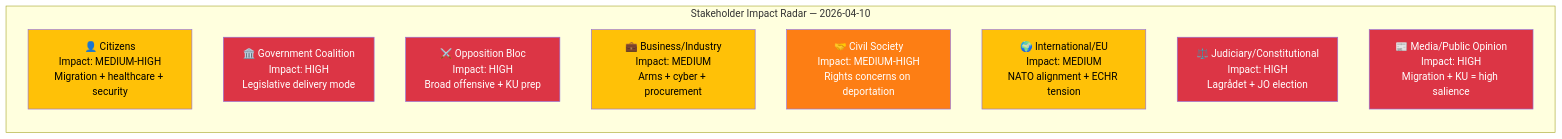
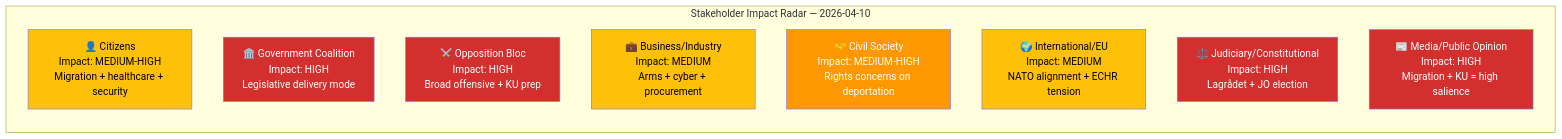
Before and after one commit to Hack23/riksdagsmonitor: the diagram in analysis/daily/2026-04-10/evening-analysis/stakeholder-perspectives.md, drawn with Mermaid. The commit also changed 785 other files, not shown here.

First line of the commit message:
Normalize mermaid colors across 786 analysis artifacts to ISMS Style Guide palette

````diff
--- a/analysis/daily/2026-04-10/evening-analysis/stakeholder-perspectives.md
+++ b/analysis/daily/2026-04-10/evening-analysis/stakeholder-perspectives.md
@@ -15,23 +15,23 @@
 ```mermaid
 graph TD
     subgraph "Stakeholder Impact Radar — 2026-04-10"
         direction TB
         CIT["👤 Citizens<br/>Impact: MEDIUM-HIGH<br/>Migration + healthcare + security"]
         GOV["🏛️ Government Coalition<br/>Impact: HIGH<br/>Legislative delivery mode"]
         OPP["⚔️ Opposition Bloc<br/>Impact: HIGH<br/>Broad offensive + KU prep"]
         BIZ["💼 Business/Industry<br/>Impact: MEDIUM<br/>Arms + cyber + procurement"]
         CIV["🤝 Civil Society<br/>Impact: MEDIUM-HIGH<br/>Rights concerns on deportation"]
         INT["🌍 International/EU<br/>Impact: MEDIUM<br/>NATO alignment + ECHR tension"]
         JUD["⚖️ Judiciary/Constitutional<br/>Impact: HIGH<br/>Lagrådet + JO election"]
         MED["📰 Media/Public Opinion<br/>Impact: HIGH<br/>Migration + KU = high salience"]
     end
 
-    style CIT fill:#ffc107,color:#000
-    style GOV fill:#dc3545,color:#fff
-    style OPP fill:#dc3545,color:#fff
-    style BIZ fill:#ffc107,color:#000
-    style CIV fill:#fd7e14,color:#fff
-    style INT fill:#ffc107,color:#000
-    style JUD fill:#dc3545,color:#fff
-    style MED fill:#dc3545,color:#fff
+    style CIT fill:#FFC107,color:#000000
+    style GOV fill:#D32F2F,color:#FFFFFF
+    style OPP fill:#D32F2F,color:#FFFFFF
+    style BIZ fill:#FFC107,color:#000000
+    style CIV fill:#FF9800,color:#FFFFFF
+    style INT fill:#FFC107,color:#000000
+    style JUD fill:#D32F2F,color:#FFFFFF
+    style MED fill:#D32F2F,color:#FFFFFF
 ```
````
